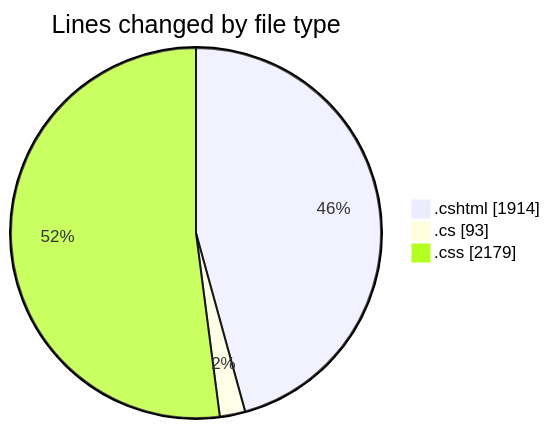
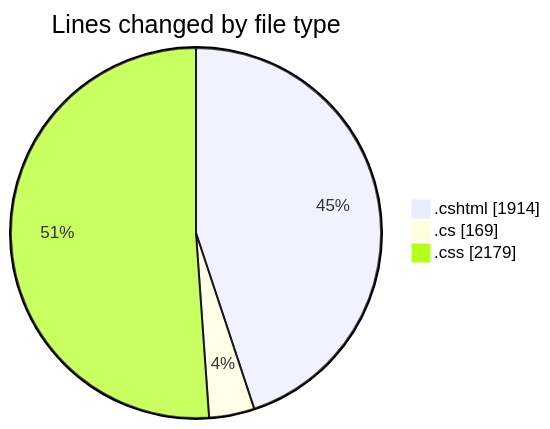
Before and after one commit to lephambinh05/code-tracking: the first of 2 diagrams in 2025-07-20/nhahang/README.md, drawn with Mermaid. The commit also changed other lines of this file and 2 other files, not shown here.

````diff
--- a/2025-07-20/nhahang/README.md
+++ b/2025-07-20/nhahang/README.md
@@ -31,7 +32,7 @@
 ```mermaid
 pie showData
 title Lines changed by file type
 ".cshtml" : 1914
-".cs" : 93
+".cs" : 169
 ".css" : 2179
 ```
````
